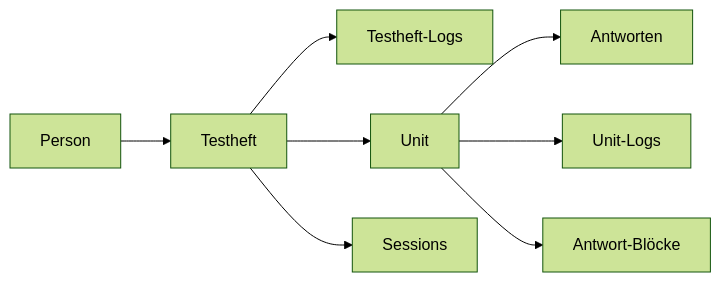
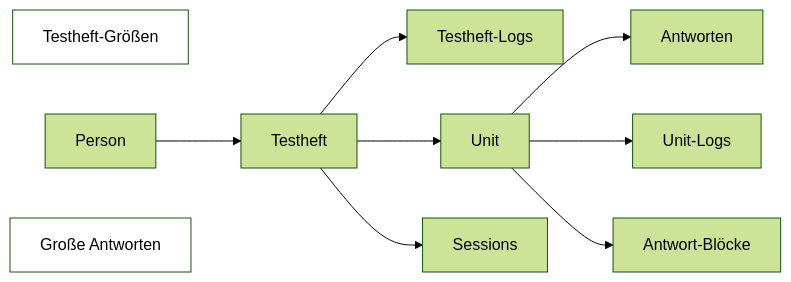
Before and after one commit to iqb-berlin/coding-info: the second of 2 diagrams in data-structures/itc-ToolBox-Output/index.qmd, drawn with Mermaid (forest theme).

Commit message:
Update diagram in tc-merge

````diff
--- a/data-structures/itc-ToolBox-Output/index.qmd
+++ b/data-structures/itc-ToolBox-Output/index.qmd
@@ -42,10 +42,14 @@
 ```{mermaid}
 flowchart LR
+    BS[Testheft-Größen]
+    style BS fill:white
     P[Person] --> B[Testheft]
     B --> BL[Testheft-Logs]
     B --> U[Unit]
     U --> R[Antworten]
     U --> UL[Unit-Logs]
     U --> Ch[Antwort-Blöcke]
     B --> S[Sessions]
+    Big[Große Antworten]
+    style Big fill:white
 ```
````
